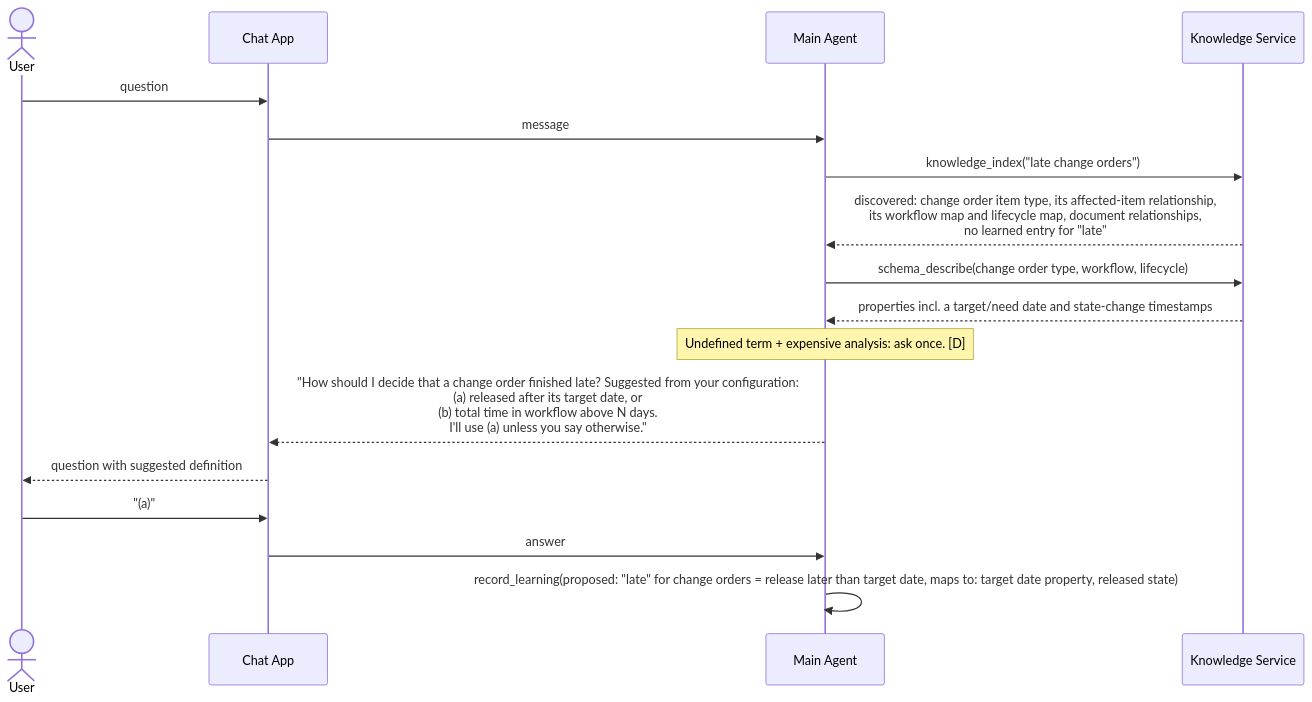
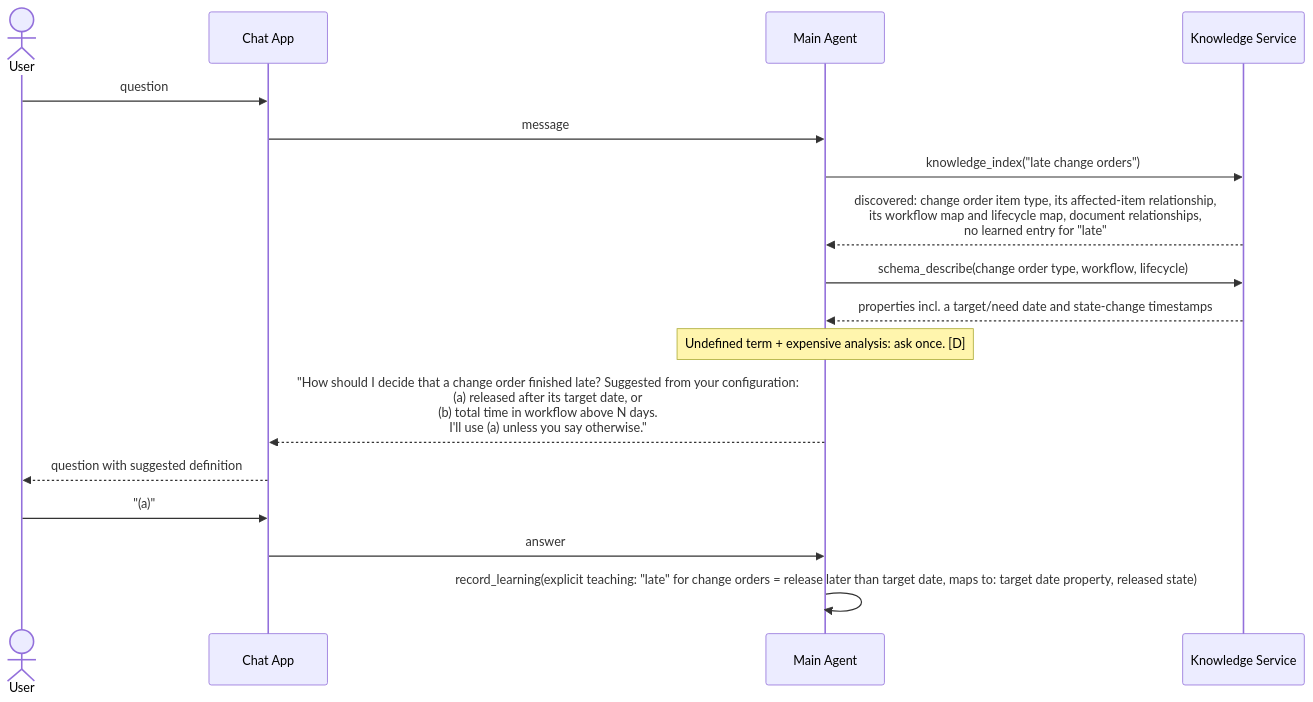
The fourth of 8 diagrams in docs/architecture/question-lifecycle.md (omkarbhale/aras-insight), drawn with Mermaid before and after one commit. The commit also changed other lines of this file and 95 other files, not shown here.

````diff
--- a/docs/architecture/question-lifecycle.md
+++ b/docs/architecture/question-lifecycle.md
@@ -120,20 +120,20 @@
 ```mermaid
 sequenceDiagram
     actor U as User
     participant App as Chat App
     participant MA as Main Agent
     participant KS as Knowledge Service
 
     U->>App: question
     App->>MA: message
     MA->>KS: knowledge_index("late change orders")
     KS-->>MA: discovered: change order item type, its affected-item relationship,<br/>its workflow map and lifecycle map, document relationships,<br/>no learned entry for "late"
     MA->>KS: schema_describe(change order type, workflow, lifecycle)
     KS-->>MA: properties incl. a target/need date and state-change timestamps
     Note over MA: Undefined term + expensive analysis: ask once. [D]
     MA-->>App: "How should I decide that a change order finished late? Suggested from your configuration:<br/>(a) released after its target date, or<br/>(b) total time in workflow above N days.<br/>I'll use (a) unless you say otherwise."
     App-->>U: question with suggested definition
     U->>App: "(a)"
     App->>MA: answer
-    MA->>MA: record_learning(proposed: "late" for change orders = release later than target date, maps to: target date property, released state)
+    MA->>MA: record_learning(explicit teaching: "late" for change orders = release later than target date, maps to: target date property, released state)
 ```
````
